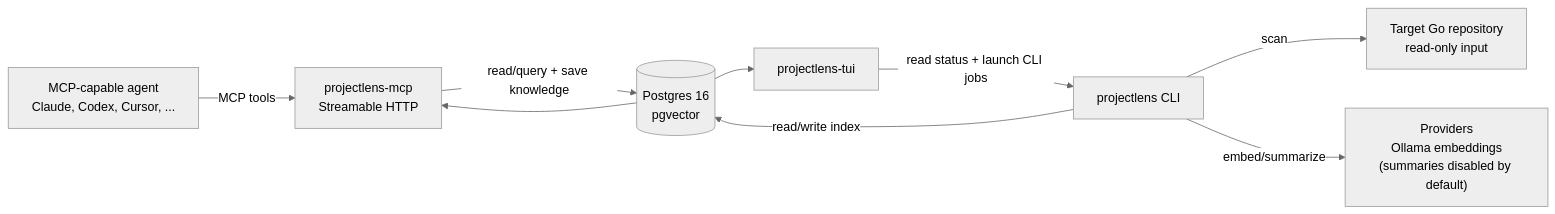
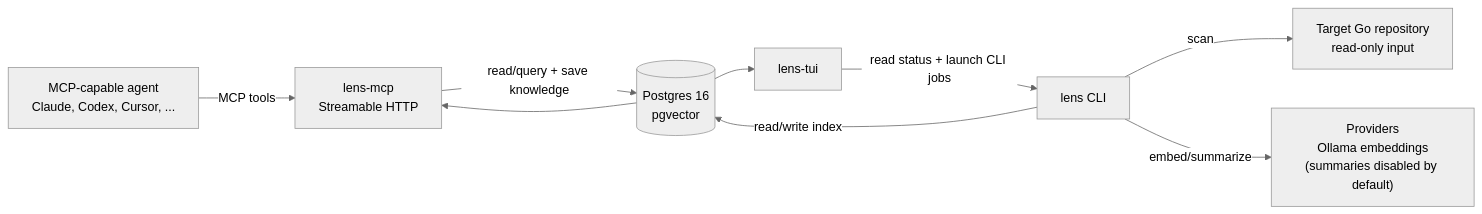
One commit to hman-pro/projectlens changed the first of 4 diagrams in docs/architecture.md. Above: the diagram before and after it, drawn with Mermaid (neutral theme). The commit also changed other lines of this file and 9 other files, not shown here.

Commit message:
docs: rename projectlens command to lens across docs, agents, scripts

````diff
--- a/docs/architecture.md
+++ b/docs/architecture.md
@@ -11,19 +11,19 @@
 ```mermaid
 flowchart LR
     Agent["MCP-capable agent<br/>Claude, Codex, Cursor, ..."]
-    CLI["projectlens CLI"]
-    TUI["projectlens-tui"]
-    MCP["projectlens-mcp<br/>Streamable HTTP"]
+    CLI["lens CLI"]
+    TUI["lens-tui"]
+    MCP["lens-mcp<br/>Streamable HTTP"]
     DB[("Postgres 16<br/>pgvector")]
     Repo["Target Go repository<br/>read-only input"]
     Providers["Providers<br/>Ollama embeddings<br/>(summaries disabled by default)"]
 
     Agent -->|MCP tools| MCP
     CLI -->|read/write index| DB
     TUI -->|read status + launch CLI jobs| CLI
     MCP -->|read/query + save knowledge| DB
     CLI -->|scan| Repo
     CLI -->|embed/summarize| Providers
     DB --> MCP
     DB --> TUI
 ```
````
